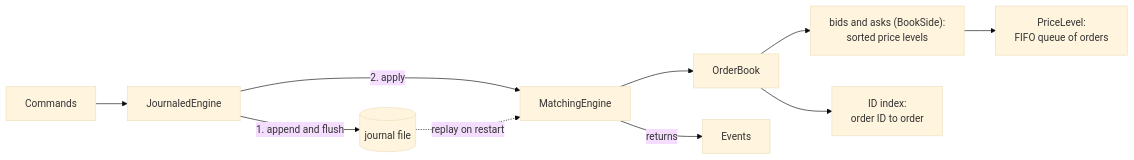
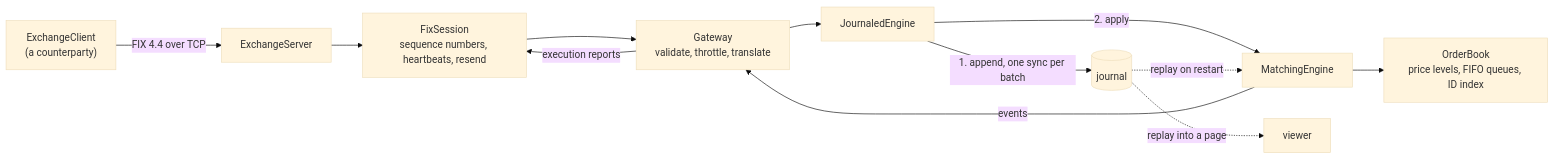
Before and after one commit to Aditya-7117/PriceTime: the diagram in README.md, drawn with Mermaid (base theme). The commit also changed other lines of this file, not shown here.

````diff
--- a/README.md
+++ b/README.md
@@ -31,12 +91,14 @@
 ```mermaid
 flowchart LR
-    C[Commands] --> J[JournaledEngine]
-    J -- "1. append and flush" --> F[(journal file)]
-    J -- "2. apply" --> E[MatchingEngine]
-    E --> B[OrderBook]
-    B --> BS["bids and asks (BookSide):<br/>sorted price levels"]
-    BS --> L["PriceLevel:<br/>FIFO queue of orders"]
-    B --> I["ID index:<br/>order ID to order"]
-    E -- "returns" --> V[Events]
-    F -. "replay on restart" .-> E
+    CL["ExchangeClient<br/>(a counterparty)"] -- "FIX 4.4 over TCP" --> SV[ExchangeServer]
+    SV --> FS["FixSession<br/>sequence numbers, heartbeats, resend"]
+    FS --> GW["Gateway<br/>validate, throttle, translate"]
+    GW --> JE[JournaledEngine]
+    JE -- "1. append, one sync per batch" --> F[(journal)]
+    JE -- "2. apply" --> EN[MatchingEngine]
+    EN --> BK["OrderBook<br/>price levels, FIFO queues, ID index"]
+    EN -- "events" --> GW
+    GW -- "execution reports" --> FS
+    F -. "replay on restart" .-> EN
+    F -. "replay into a page" .-> VW[viewer]
 ```
````
